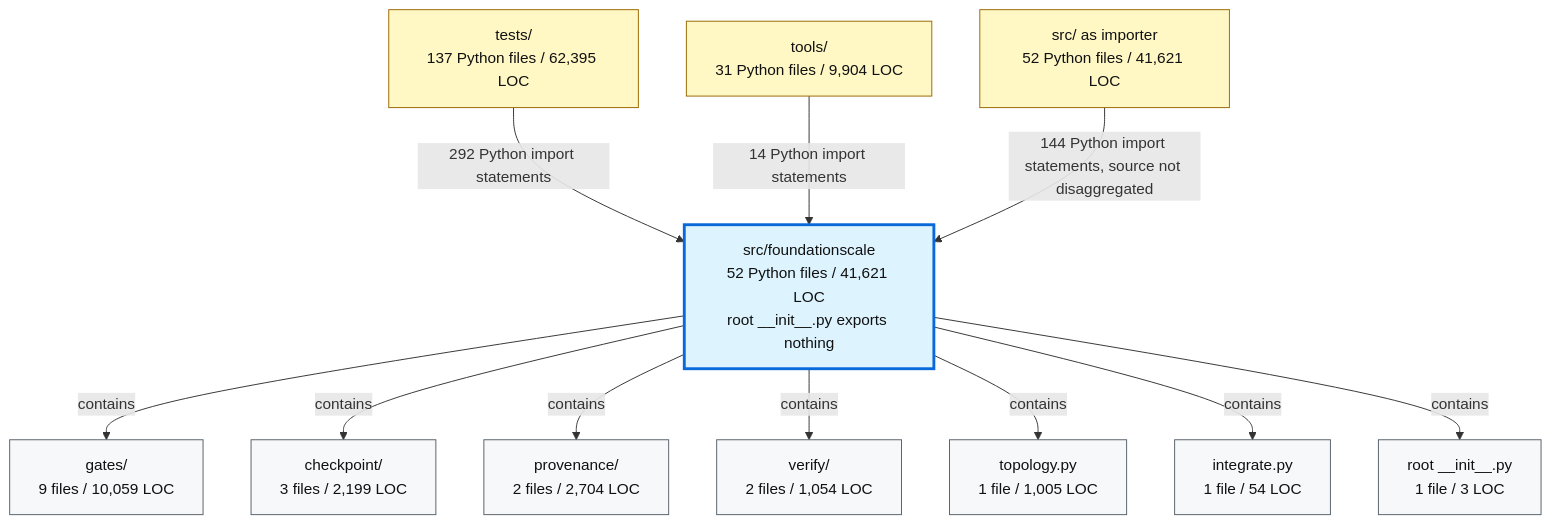
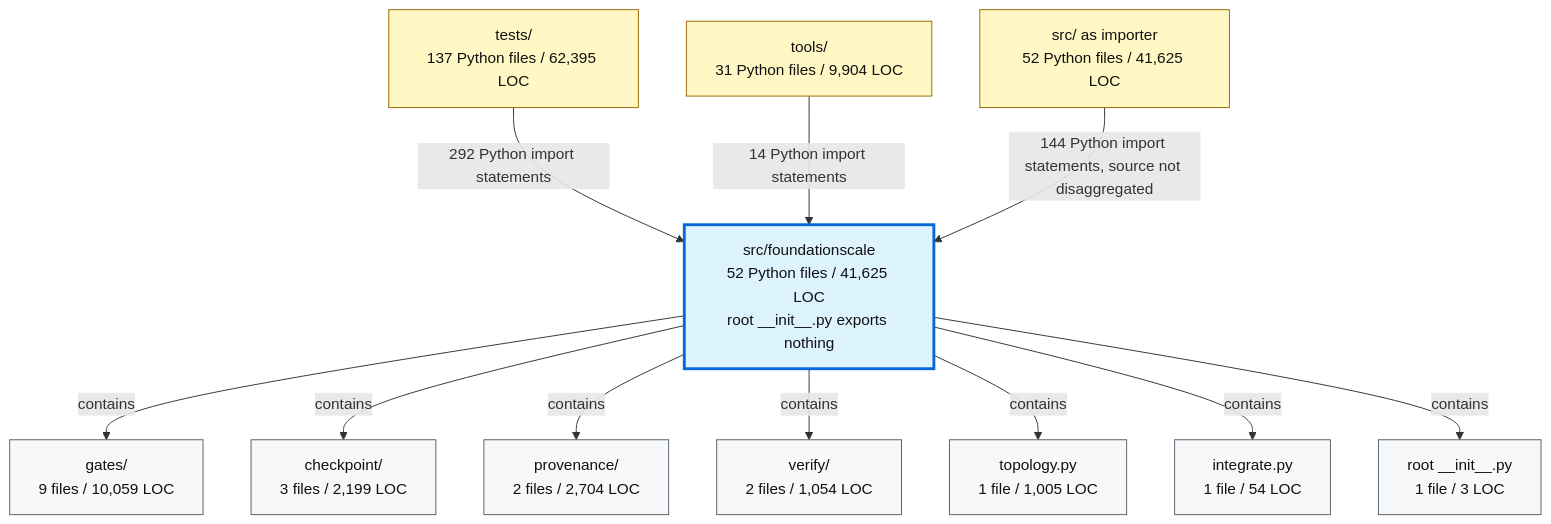
The second of 2 diagrams in docs/review/D2_current_architecture.md (TranNhiem/FoundationScale), drawn with Mermaid before and after one commit. The commit also changed other lines of this file and 16 other files, not shown here.

````diff
--- a/docs/review/D2_current_architecture.md
+++ b/docs/review/D2_current_architecture.md
@@ -97,36 +97,36 @@
 ```mermaid
 flowchart TB
   TESTS["tests/<br/>137 Python files / 62,395 LOC"]
   TOOLS["tools/<br/>31 Python files / 9,904 LOC"]
-  SRC["src/ as importer<br/>52 Python files / 41,621 LOC"]
+  SRC["src/ as importer<br/>52 Python files / 41,625 LOC"]
 
-  FS["src/foundationscale<br/>52 Python files / 41,621 LOC<br/>root __init__.py exports nothing"]
+  FS["src/foundationscale<br/>52 Python files / 41,625 LOC<br/>root __init__.py exports nothing"]
 
   GATES["gates/<br/>9 files / 10,059 LOC"]
   CKPT["checkpoint/<br/>3 files / 2,199 LOC"]
   PROV["provenance/<br/>2 files / 2,704 LOC"]
   VERIFY["verify/<br/>2 files / 1,054 LOC"]
   TOPO["topology.py<br/>1 file / 1,005 LOC"]
   INTEG["integrate.py<br/>1 file / 54 LOC"]
   ROOT["root __init__.py<br/>1 file / 3 LOC"]
 
   TESTS -->|"292 Python import statements"| FS
   TOOLS -->|"14 Python import statements"| FS
   SRC -->|"144 Python import statements, source not disaggregated"| FS
 
   FS -->|"contains"| GATES
   FS -->|"contains"| CKPT
   FS -->|"contains"| PROV
   FS -->|"contains"| VERIFY
   FS -->|"contains"| TOPO
   FS -->|"contains"| INTEG
   FS -->|"contains"| ROOT
 
   classDef consumer fill:#fff8c5,stroke:#9a6700,color:#111;
   classDef package fill:#ddf4ff,stroke:#0969da,stroke-width:3px,color:#111;
   classDef module fill:#f6f8fa,stroke:#57606a,color:#111;
 
   class TESTS,TOOLS,SRC consumer;
   class FS package;
   class GATES,CKPT,PROV,VERIFY,TOPO,INTEG,ROOT module;
 ```
````
